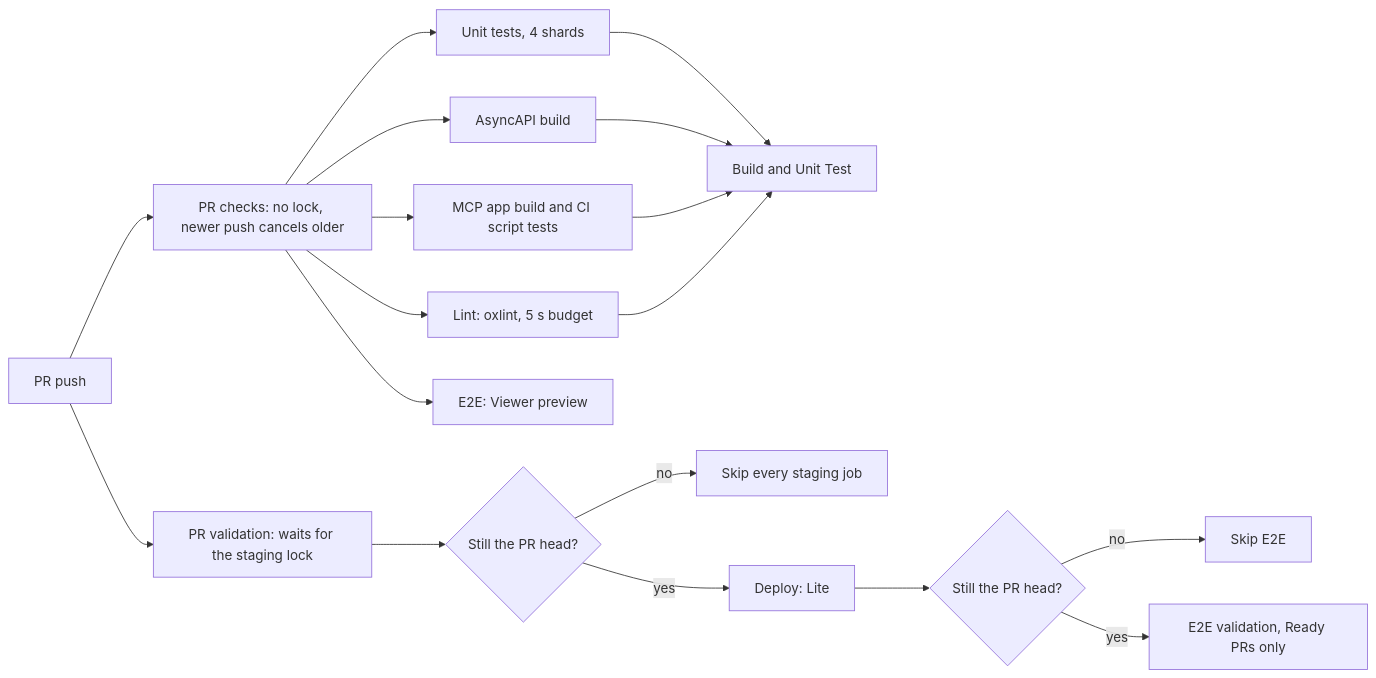
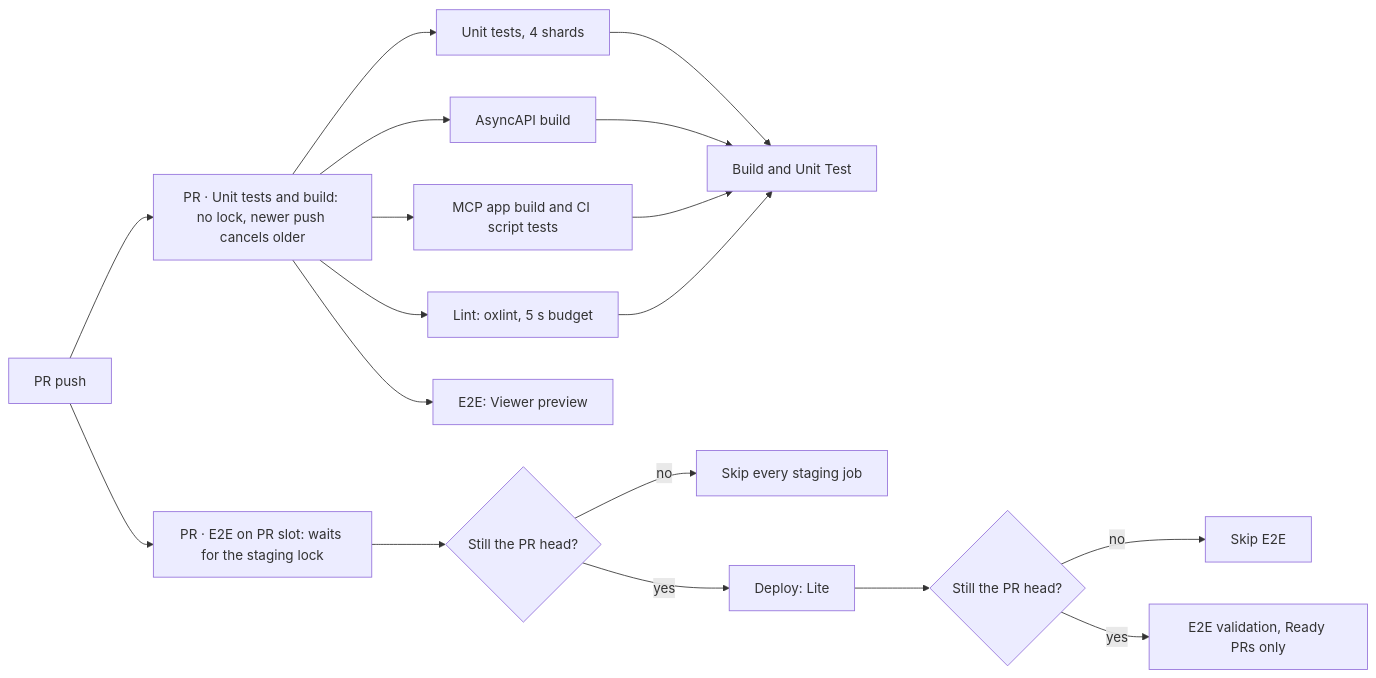
Before and after one commit to ZenUml/conf-app: the first of 2 diagrams in docs/ops/pipeline-graphs.md, drawn with Mermaid. The commit also changed other lines of this file and 16 other files, not shown here.

````diff
--- a/docs/ops/pipeline-graphs.md
+++ b/docs/ops/pipeline-graphs.md
@@ -7,20 +7,20 @@
 ```mermaid
 flowchart LR
-  Push[PR push] --> C[PR checks: no lock, newer push cancels older]
-  Push --> Q[PR validation: waits for the staging lock]
+  Push[PR push] --> C[PR · Unit tests and build: no lock, newer push cancels older]
+  Push --> Q[PR · E2E on PR slot: waits for the staging lock]
   C --> U1[Unit tests, 4 shards]
   C --> A[AsyncAPI build]
   C --> M[MCP app build and CI script tests]
   C --> L[Lint: oxlint, 5 s budget]
   U1 --> U[Build and Unit Test]
   A --> U
   M --> U
   L --> U
   C --> P[E2E: Viewer preview]
   Q --> G{Still the PR head?}
   G -- no --> S[Skip every staging job]
   G -- yes --> D[Deploy: Lite]
   D --> H{Still the PR head?}
   H -- no --> X[Skip E2E]
   H -- yes --> E[E2E validation, Ready PRs only]
 ```
````
